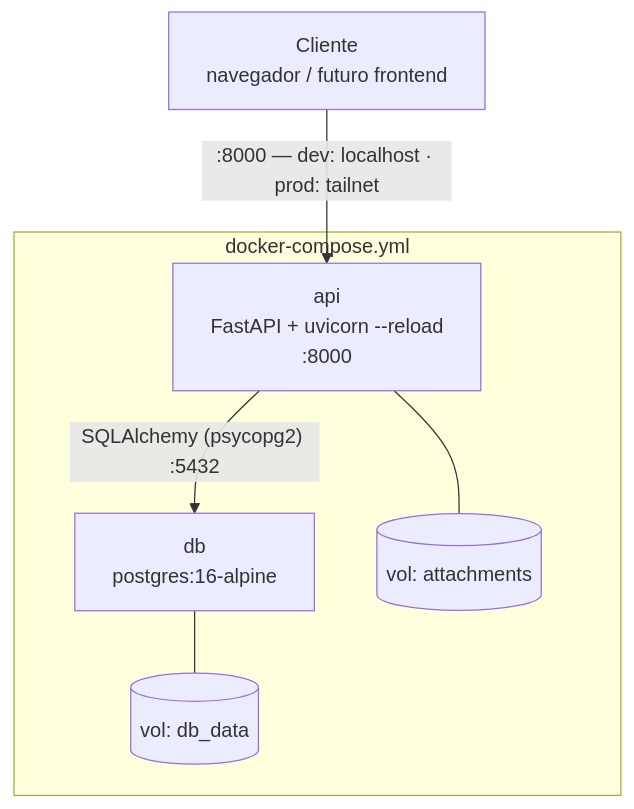
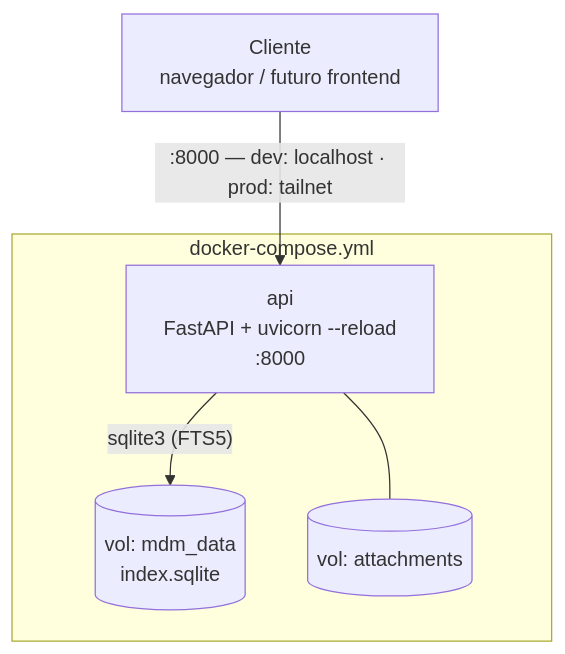
The third of 9 diagrams in docs/ARCHITECTURE.md (joaquinrodfer/MyDamnManagement), drawn with Mermaid before and after one commit. The commit also changed other lines of this file and 2 other files, not shown here.

First line of the commit message:
docs: ADR del índice SQLite y arranque sin Postgres

````diff
--- a/docs/ARCHITECTURE.md
+++ b/docs/ARCHITECTURE.md
@@ -84,10 +95,9 @@
 ```mermaid
 graph TD
     CLIENT["Cliente<br/>navegador / futuro frontend"] -->|":8000 — dev: localhost · prod: tailnet"| API
 
     subgraph COMPOSE["docker-compose.yml"]
-        API["api<br/>FastAPI + uvicorn --reload<br/>:8000"] -->|"SQLAlchemy (psycopg2) :5432"| DB["db<br/>postgres:16-alpine"]
+        API["api<br/>FastAPI + uvicorn --reload<br/>:8000"] -->|"sqlite3 (FTS5)"| DB[("vol: mdm_data<br/>index.sqlite")]
         API --- ATT[("vol: attachments")]
-        DB --- DATA[("vol: db_data")]
     end
 ```
````
